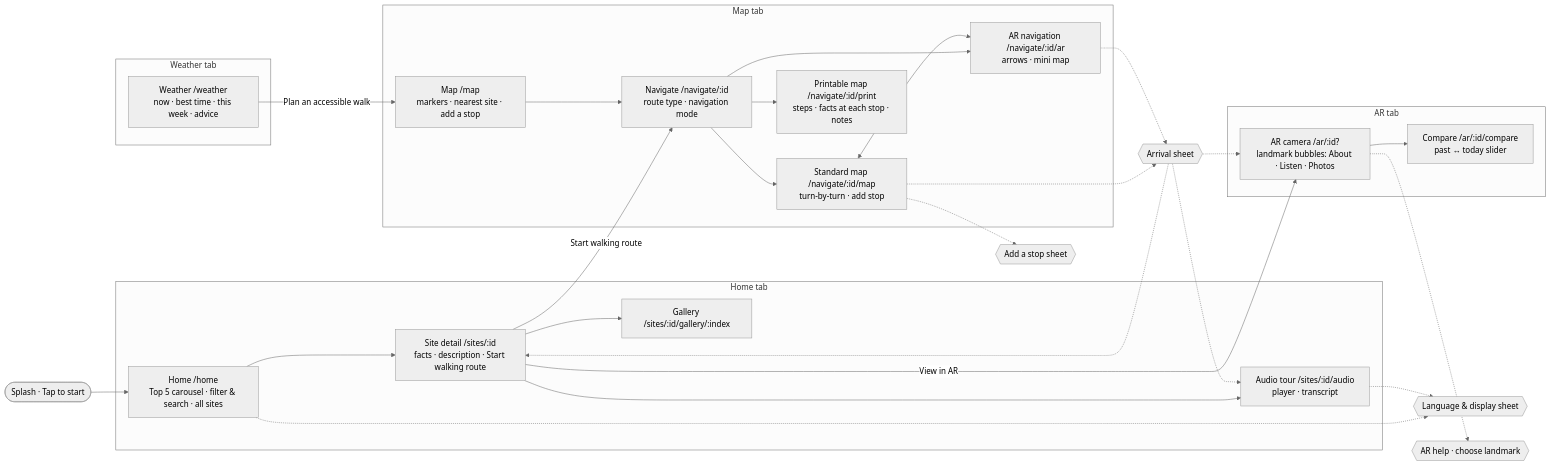
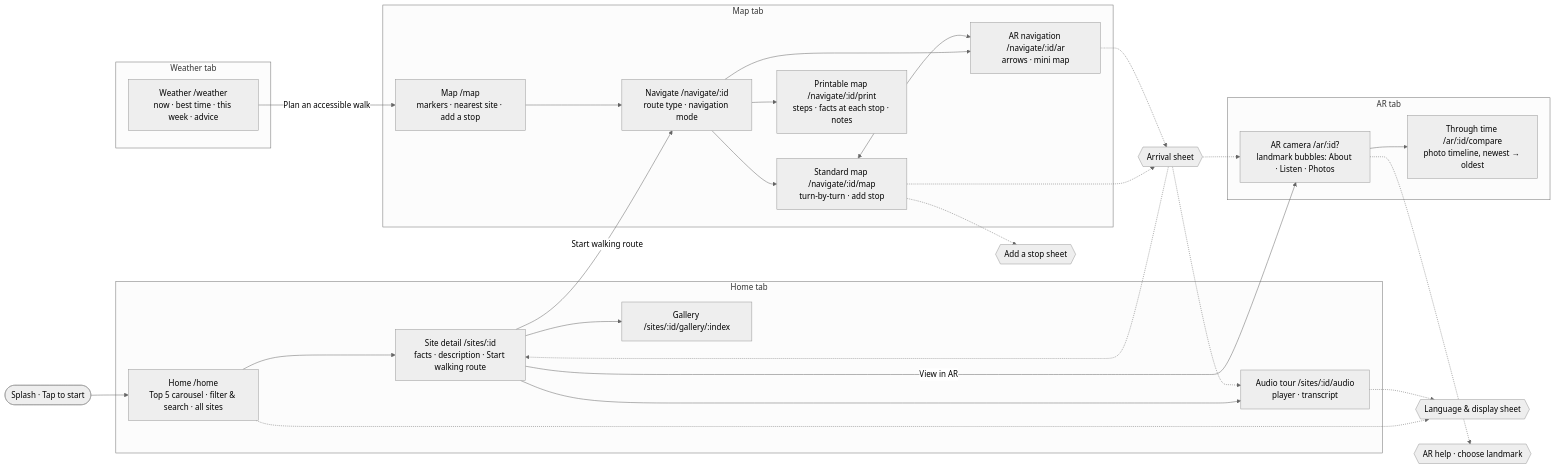
The diagram in docs/a3/site-map.md (Podi-Skying/KIT519-Hobart-Historic), drawn with Mermaid (neutral theme) before and after one commit. The commit also changed other lines of this file and 13 other files, not shown here.

First line of the commit message:
AR: 'Through time' photo timeline for every site, newest to oldest

````diff
--- a/docs/a3/site-map.md
+++ b/docs/a3/site-map.md
@@ -13,55 +13,55 @@
 ```mermaid
 flowchart LR
   SPLASH([Splash · Tap to start]) --> HOME
 
   subgraph TAB_HOME [Home tab]
     HOME[Home /home<br/>Top 5 carousel · filter & search · all sites]
     SITE[Site detail /sites/:id<br/>facts · description · Start walking route]
     GALLERY[Gallery /sites/:id/gallery/:index]
     AUDIO[Audio tour /sites/:id/audio<br/>player · transcript]
     HOME --> SITE --> GALLERY
     SITE --> AUDIO
   end
 
   subgraph TAB_MAP [Map tab]
     MAP[Map /map<br/>markers · nearest site · add a stop]
     MODES[Navigate /navigate/:id<br/>route type · navigation mode]
     NAVMAP[Standard map /navigate/:id/map<br/>turn-by-turn · add stop]
     NAVAR[AR navigation /navigate/:id/ar<br/>arrows · mini map]
     PRINT[Printable map /navigate/:id/print<br/>steps · facts at each stop · notes]
     MAP --> MODES
     MODES --> NAVMAP
     MODES --> NAVAR
     MODES --> PRINT
     NAVMAP <--> NAVAR
   end
 
   subgraph TAB_AR [AR tab]
     ARCAM[AR camera /ar/:id?<br/>landmark bubbles: About · Listen · Photos]
-    COMPARE[Compare /ar/:id/compare<br/>past ↔ today slider]
+    COMPARE[Through time /ar/:id/compare<br/>photo timeline, newest → oldest]
     ARCAM --> COMPARE
   end
 
   subgraph TAB_WEATHER [Weather tab]
     WEATHER[Weather /weather<br/>now · best time · this week · advice]
   end
 
   SITE -- Start walking route --> MODES
   SITE -- View in AR --> ARCAM
   WEATHER -- Plan an accessible walk --> MAP
 
   %% overlays (bottom sheets)
   LANG{{Language & display sheet}}
   STOPS{{Add a stop sheet}}
   ARRIVE{{Arrival sheet}}
   ARHELP{{AR help · choose landmark}}
   HOME -.-> LANG
   AUDIO -.-> LANG
   NAVMAP -.-> STOPS
   NAVMAP -.-> ARRIVE
   NAVAR -.-> ARRIVE
   ARRIVE -.-> AUDIO
   ARRIVE -.-> ARCAM
   ARRIVE -.-> SITE
   ARCAM -.-> ARHELP
 ```
````
